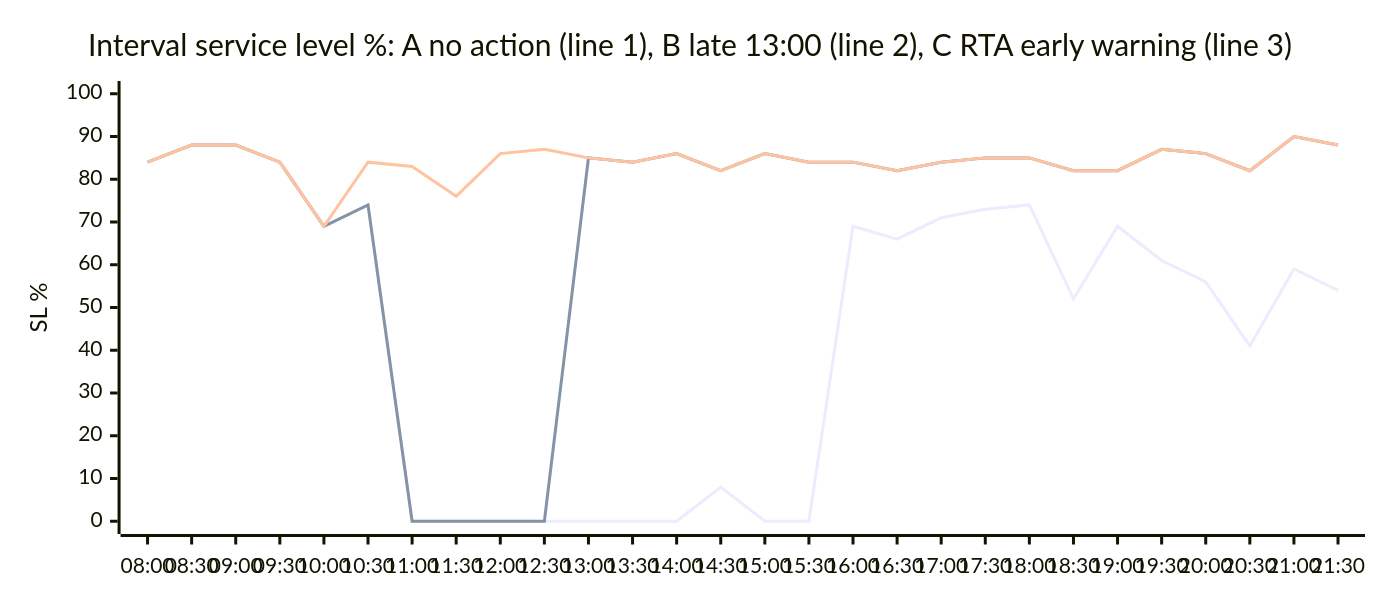
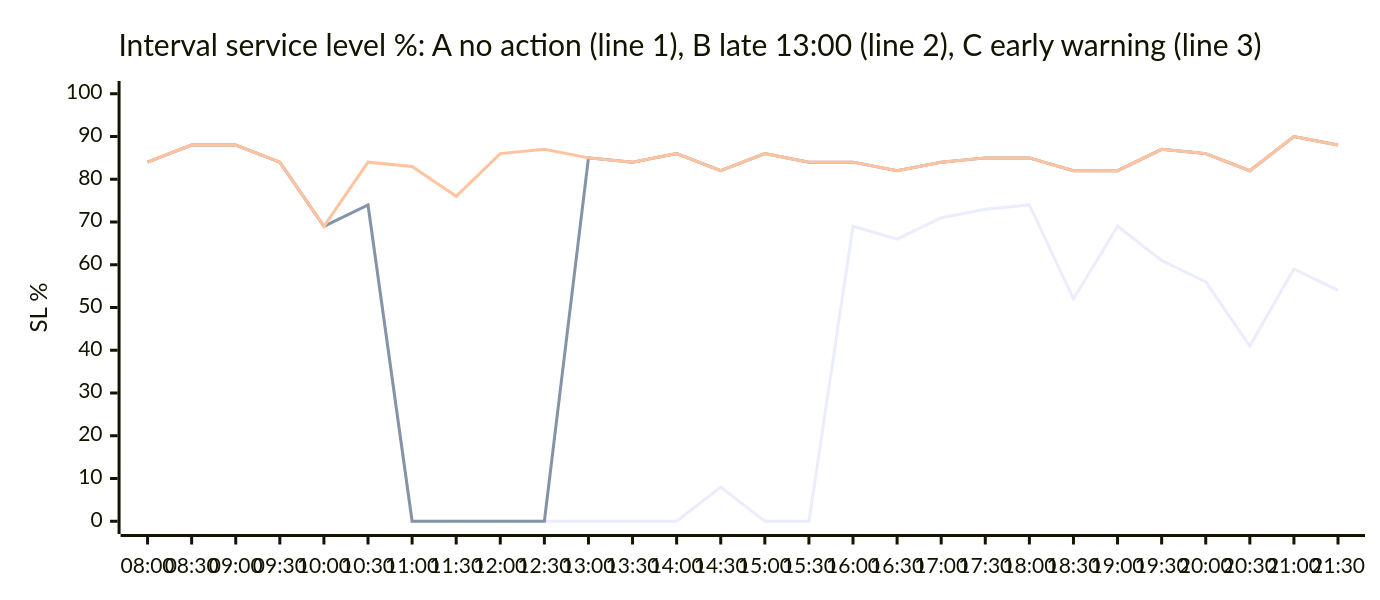
The diagram in README.md (mail4rahulwork-sketch/intraday-rta-early-warning), drawn with Mermaid before and after one commit. The commit also changed other lines of this file, not shown here.

````diff
--- a/README.md
+++ b/README.md
@@ -10,15 +21,15 @@
 ```mermaid
 ---
 config:
   xyChart:
     width: 900
     height: 380
 ---
 xychart-beta
-    title "Interval service level %: A no action (line 1), B late 13:00 (line 2), C RTA early warning (line 3)"
+    title "Interval service level %: A no action (line 1), B late 13:00 (line 2), C early warning (line 3)"
     x-axis ["08:00","08:30","09:00","09:30","10:00","10:30","11:00","11:30","12:00","12:30","13:00","13:30","14:00","14:30","15:00","15:30","16:00","16:30","17:00","17:30","18:00","18:30","19:00","19:30","20:00","20:30","21:00","21:30"]
     y-axis "SL %" 0 --> 100
     line [84,88,88,84,69,74,0,0,0,0,0,0,0,8,0,0,69,66,71,73,74,52,69,61,56,41,59,54]
     line [84,88,88,84,69,74,0,0,0,0,85,84,86,82,86,84,84,82,84,85,85,82,82,87,86,82,90,88]
     line [84,88,88,84,69,84,83,76,86,87,85,84,86,82,86,84,84,82,84,85,85,82,82,87,86,82,90,88]
 ```
````
